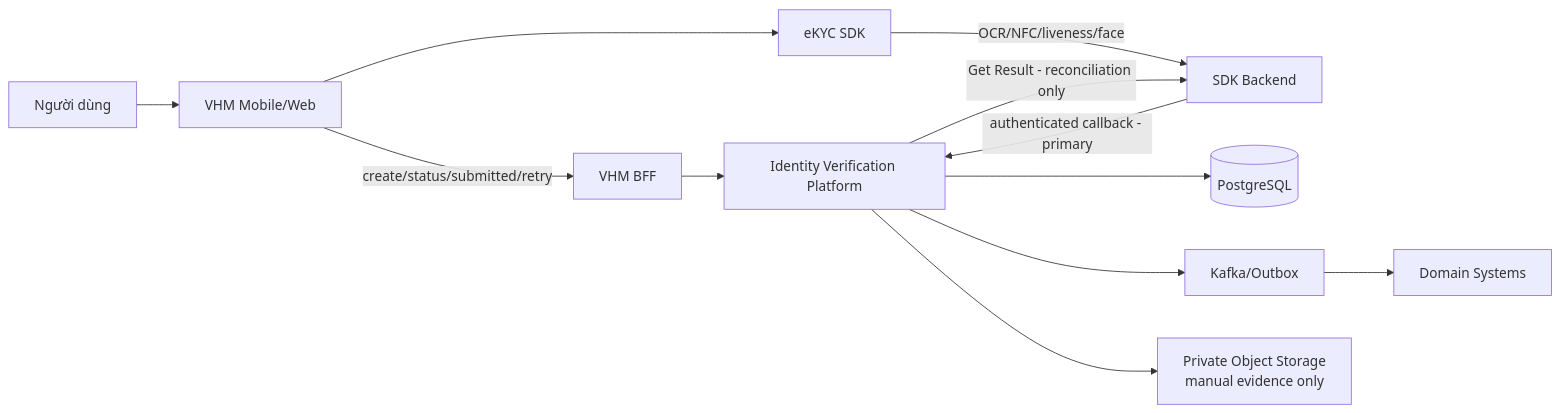
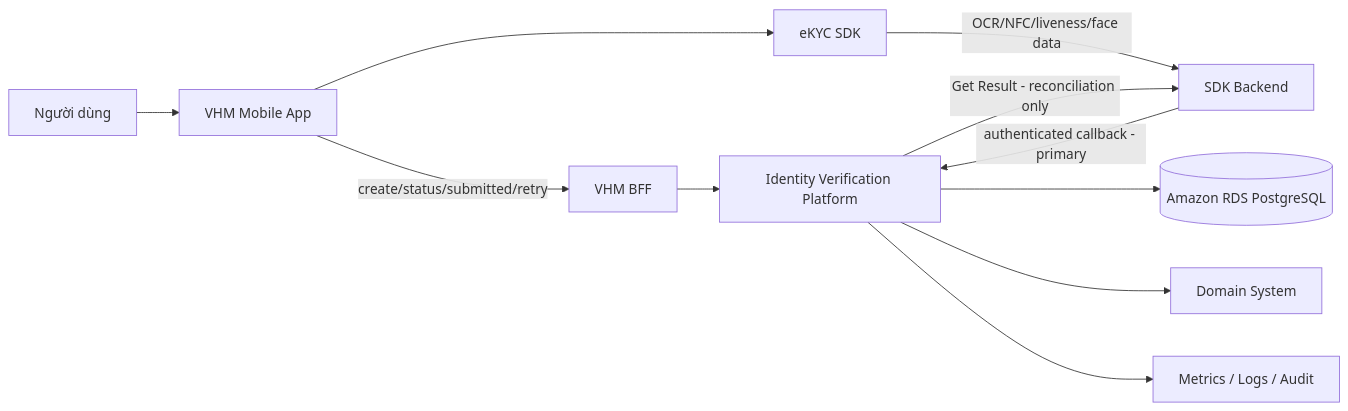
Before and after one commit to huynv-xyz/vhm: the first of 8 diagrams in tdd2.md, drawn with Mermaid. The commit also changed other lines of this file, not shown here.

````diff
--- a/tdd2.md
+++ b/tdd2.md
@@ -91,14 +112,13 @@
 ```mermaid
 flowchart LR
-    USER["Người dùng"] --> APP["VHM Mobile/Web"]
-    APP -->|create/status/submitted/retry| BFF["VHM BFF"]
+    USER["Người dùng"] --> MOBILE["VHM Mobile App"]
+    MOBILE -->|create/status/submitted/retry| BFF["VHM BFF"]
     BFF --> PLATFORM["Identity Verification Platform"]
-    APP --> SDK["eKYC SDK"]
-    SDK -->|OCR/NFC/liveness/face| SDK_BACKEND["SDK Backend"]
+    MOBILE --> SDK["eKYC SDK"]
+    SDK -->|OCR/NFC/liveness/face data| SDK_BACKEND["SDK Backend"]
     SDK_BACKEND -->|authenticated callback - primary| PLATFORM
     PLATFORM -->|Get Result - reconciliation only| SDK_BACKEND
-    PLATFORM --> DB[("PostgreSQL")]
-    PLATFORM --> EVENT["Kafka/Outbox"]
-    EVENT --> DOMAIN["Domain Systems"]
-    PLATFORM --> STORAGE["Private Object Storage<br/>manual evidence only"]
+    PLATFORM --> DB[("Amazon RDS PostgreSQL")]
+    PLATFORM --> DOMAIN["Domain System"]
+    PLATFORM --> OBS["Metrics / Logs / Audit"]
 ```
````
